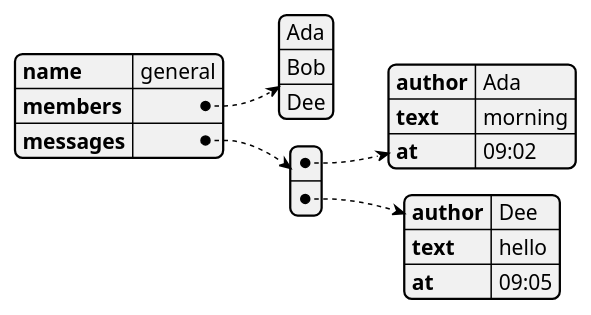
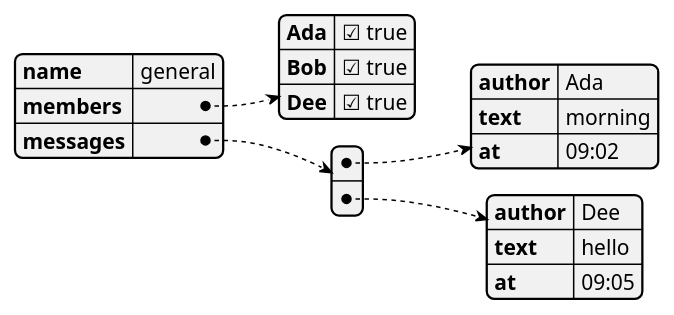
Before and after one commit to blueshed/dzql: the diagram in uml/src/document-room.puml, drawn with PlantUML. The commit also changed 10 other files, not shown here.

```diff
--- a/uml/src/document-room.puml
+++ b/uml/src/document-room.puml
@@ -1,10 +1,10 @@
 @startjson
 {
   "name": "general",
-  "members": ["Ada", "Bob", "Dee"],
+  "members": { "Ada": true, "Bob": true, "Dee": true },
   "messages": [
     { "author": "Ada", "text": "morning", "at": "09:02" },
     { "author": "Dee", "text": "hello", "at": "09:05" }
   ]
 }
 @endjson
```
